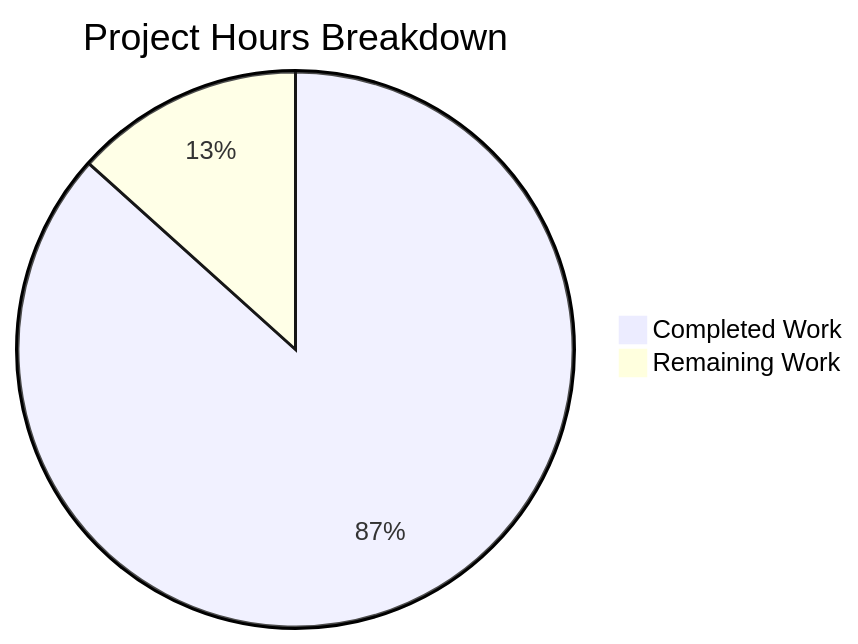
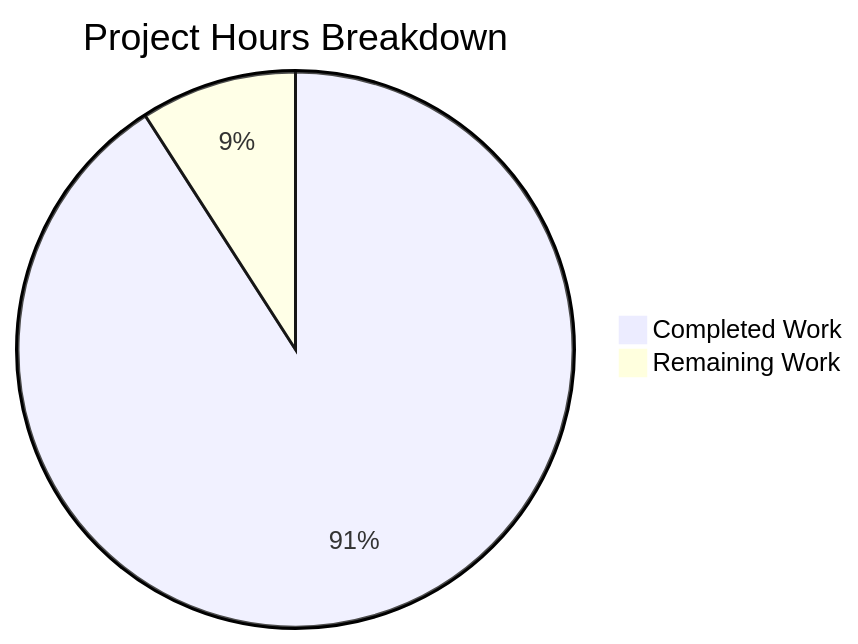
The diagram in blitzy/documentation/Project Guide.md (blitzy-public-samples/blitzy-WebVella-ERP), drawn with Mermaid before and after one commit. The commit also changed other lines of this file, not shown here.

Commit message:
Adding Blitzy Project Guide: Project Status and Human Tasks Remaining

````diff
--- a/blitzy/documentation/Project Guide.md
+++ b/blitzy/documentation/Project Guide.md
@@ -25,5 +27,5 @@
 ```mermaid
 pie title Project Hours Breakdown
-    "Completed Work" : 260
-    "Remaining Work" : 40
+    "Completed Work" : 220
+    "Remaining Work" : 22
 ```
````
